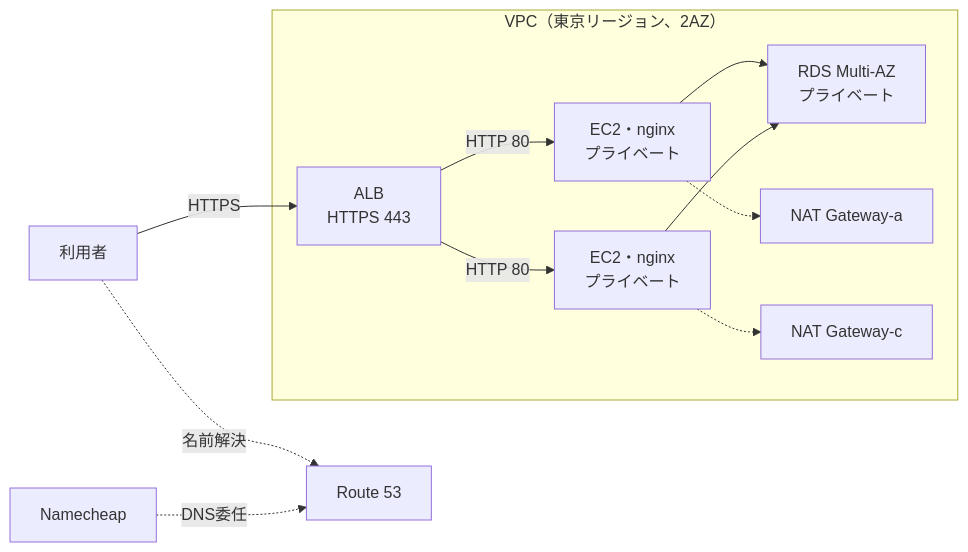
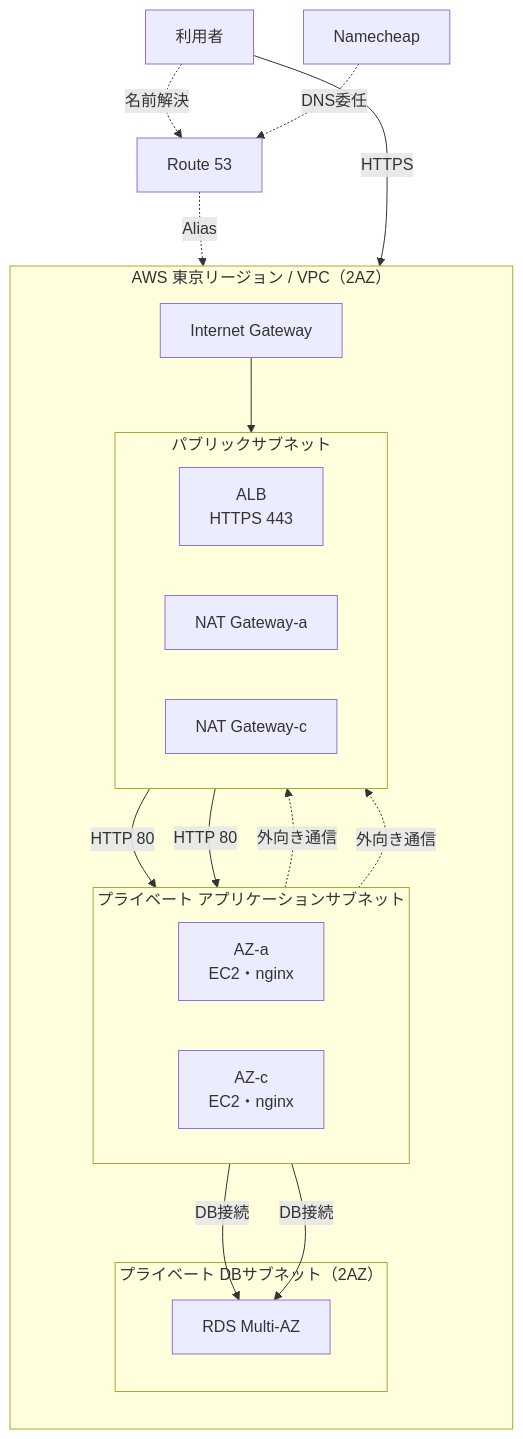
Before and after one commit to 25yc0102-png/sotsugyo-project: the diagram in インフラ基本設計.md, drawn with Mermaid. The commit also changed other lines of this file, not shown here.

Commit message:
Improve infrastructure architecture diagram

````diff
--- a/インフラ基本設計.md
+++ b/インフラ基本設計.md
@@ -18,25 +18,41 @@
 ```mermaid
-flowchart LR
+flowchart TB
     user["利用者"]
-    dns["Route 53"]
     registrar["Namecheap"]
-    alb["ALB<br/>HTTPS 443"]
 
-    subgraph vpc["VPC（東京リージョン、2AZ）"]
-        ec2a["EC2・nginx<br/>プライベート"]
-        ec2c["EC2・nginx<br/>プライベート"]
-        rds["RDS Multi-AZ<br/>プライベート"]
-        nat_a["NAT Gateway-a"]
-        nat_c["NAT Gateway-c"]
+    subgraph vpc["AWS 東京リージョン / VPC（2AZ）"]
+        direction TB
+        igw["Internet Gateway"]
+
+        subgraph public["パブリックサブネット"]
+            direction LR
+            alb["ALB<br/>HTTPS 443"]
+            nat_a["NAT Gateway-a"]
+            nat_c["NAT Gateway-c"]
+        end
+
+        subgraph app["プライベート アプリケーションサブネット"]
+            direction LR
+            ec2a["AZ-a<br/>EC2・nginx"]
+            ec2c["AZ-c<br/>EC2・nginx"]
+        end
+
+        subgraph database["プライベート DBサブネット（2AZ）"]
+            rds["RDS Multi-AZ"]
+        end
+
+        igw --> alb
         alb -->|HTTP 80| ec2a
         alb -->|HTTP 80| ec2c
-        ec2a --> rds
-        ec2c --> rds
-        ec2a -.-> nat_a
-        ec2c -.-> nat_c
+        ec2a -->|DB接続| rds
+        ec2c -->|DB接続| rds
+        ec2a -.->|外向き通信| nat_a
+        ec2c -.->|外向き通信| nat_c
     end
 
-    user -->|HTTPS| alb
-    user -.->|名前解決| dns
-    registrar -.->|DNS委任| dns
+    route53["Route 53"]
+    user -.->|名前解決| route53
+    registrar -.->|DNS委任| route53
+    route53 -.->|Alias| alb
+    user -->|HTTPS| igw
 ```
````
